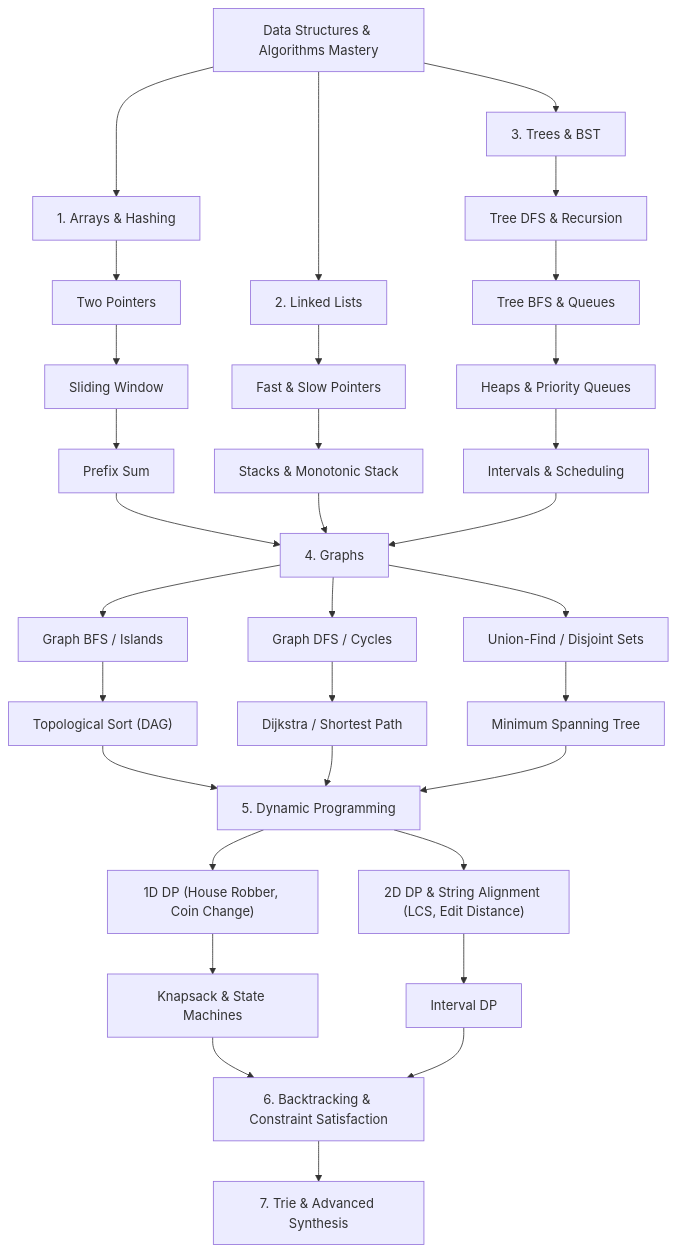
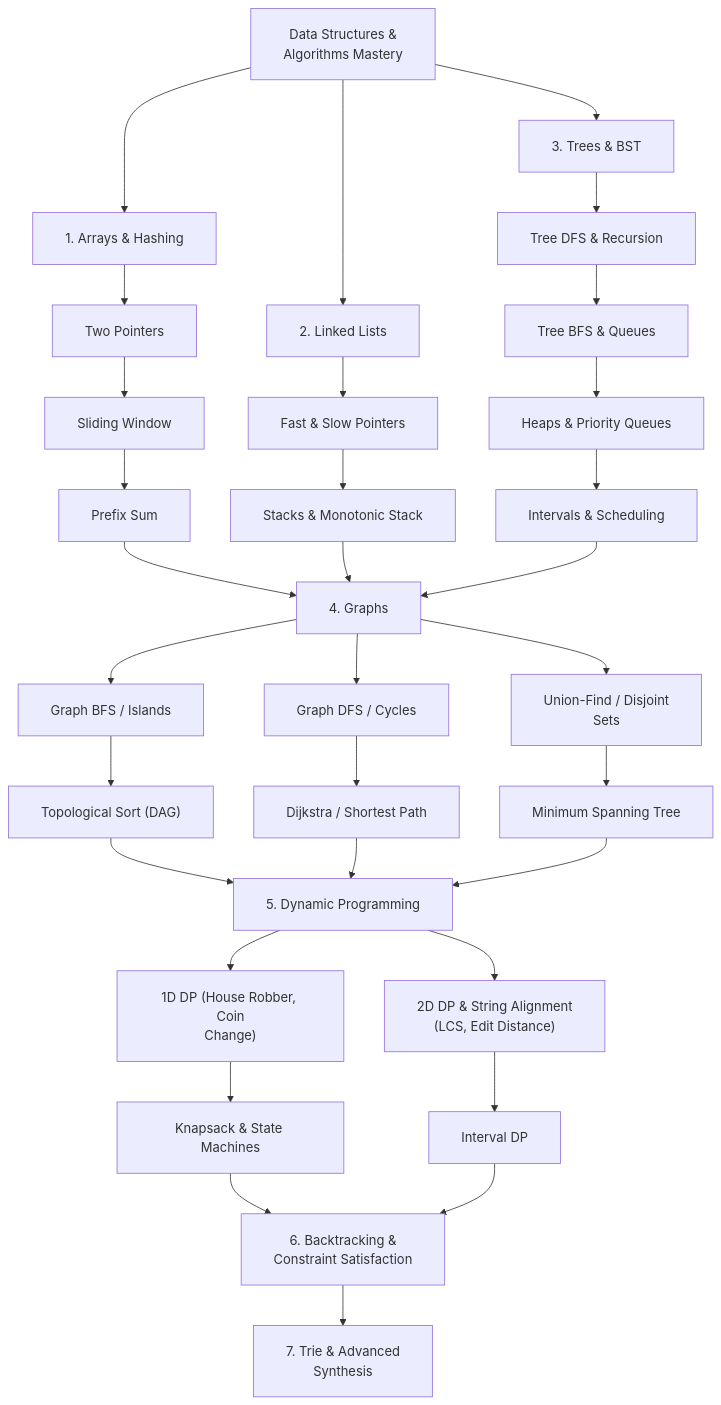
Before and after one commit to dip4k/DSA_102: diagram 13 of 19 in Senior_dsa_question_list.md, drawn with Mermaid. The commit also changed other lines of this file and 108 other files, not shown here.

First line of the commit message:
fix(mermaid): resolve diagram clipping, padding, and syntax issues across repo

````diff
--- a/Senior_dsa_question_list.md
+++ b/Senior_dsa_question_list.md
@@ -921,46 +933,47 @@
 ```mermaid
+%%{init: {"flowchart": {"htmlLabels": true, "padding": 20}}}%%
 graph TD
-    DSA["Data Structures & Algorithms Mastery"]
+    DSA["Data Structures &<br/>Algorithms Mastery"]
     
     DSA --> Arrays["1. Arrays & Hashing"]
     DSA --> Lists["2. Linked Lists"]
     DSA --> Trees["3. Trees & BST"]
     
     Arrays --> TwoPointers["Two Pointers"]
     TwoPointers --> SlidingWindow["Sliding Window"]
     SlidingWindow --> PrefixSum["Prefix Sum"]
     
     Lists --> FastSlow["Fast & Slow Pointers"]
     FastSlow --> Stacks["Stacks & Monotonic Stack"]
     
     Trees --> TreeDFS["Tree DFS & Recursion"]
     TreeDFS --> TreeBFS["Tree BFS & Queues"]
     TreeBFS --> Heaps["Heaps & Priority Queues"]
     Heaps --> Intervals["Intervals & Scheduling"]
     
     PrefixSum --> Graphs["4. Graphs"]
     Stacks --> Graphs
     Intervals --> Graphs
     
     Graphs --> GraphBFS["Graph BFS / Islands"]
     Graphs --> GraphDFS["Graph DFS / Cycles"]
-    Graphs --> UnionFind["Union-Find / Disjoint Sets"]
+    Graphs --> UnionFind["Union-Find / Disjoint<br/>Sets"]
     
     GraphBFS --> Topo["Topological Sort (DAG)"]
     GraphDFS --> ShortestPath["Dijkstra / Shortest Path"]
     UnionFind --> MST["Minimum Spanning Tree"]
     
     Topo --> DP["5. Dynamic Programming"]
     ShortestPath --> DP
     MST --> DP
     
-    DP --> DP1D["1D DP (House Robber, Coin Change)"]
-    DP --> DP2D["2D DP & String Alignment (LCS, Edit Distance)"]
+    DP --> DP1D["1D DP (House Robber, Coin<br/>Change)"]
+    DP --> DP2D["2D DP & String Alignment<br/>(LCS, Edit Distance)"]
     DP1D --> Knapsack["Knapsack & State Machines"]
     DP2D --> IntervalDP["Interval DP"]
     
-    Knapsack --> Backtracking["6. Backtracking & Constraint Satisfaction"]
+    Knapsack --> Backtracking["6. Backtracking &<br/>Constraint Satisfaction"]
     IntervalDP --> Backtracking
     
-    Backtracking --> Trie["7. Trie & Advanced Synthesis"]
+    Backtracking --> Trie["7. Trie & Advanced<br/>Synthesis"]
 ```
````
